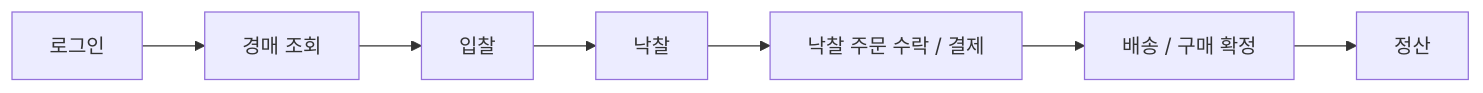
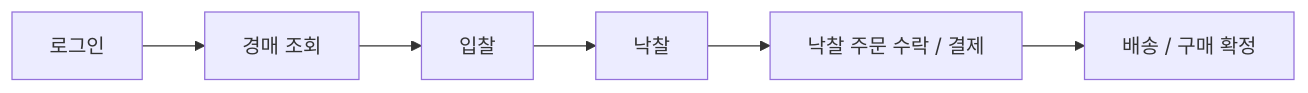
Before and after one commit to sihoney/GoodsMall_BE: the second of 4 diagrams in README.md, drawn with Mermaid. The commit also changed other lines of this file and 1 other file, not shown here.

````diff
--- a/README.md
+++ b/README.md
@@ -54,12 +95,11 @@
 ```mermaid
 flowchart LR
     A[로그인]
     B[경매 조회]
     C[입찰]
     D[낙찰]
     E[낙찰 주문 수락 / 결제]
     F[배송 / 구매 확정]
-    G[정산]
 
-    A --> B --> C --> D --> E --> F --> G
+    A --> B --> C --> D --> E --> F
 ```
````
